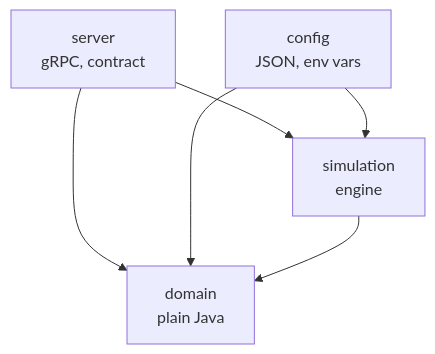
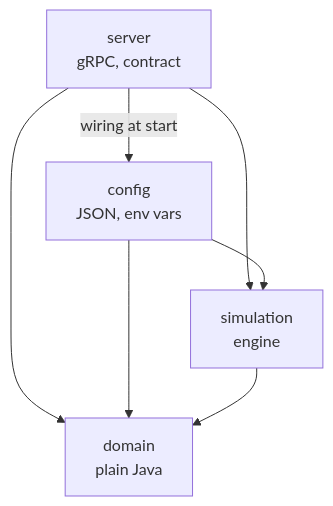
One commit to gakkel-labs/swarm-simulator changed the second of 5 diagrams in docs/architecture.md. Above: the diagram before and after it, drawn with Mermaid. The commit also changed other lines of this file and 2 other files, not shown here.

Commit message:
test(server): group the ArchUnit rules and check threads and adapters (#174)

````diff
--- a/docs/architecture.md
+++ b/docs/architecture.md
@@ -92,8 +92,9 @@
 ```mermaid
 flowchart TB
     SERVER[server<br/>gRPC, contract] --> SIMULATION[simulation<br/>engine]
     CONFIG[config<br/>JSON, env vars] --> SIMULATION
     SERVER --> DOMAIN[domain<br/>plain Java]
+    SERVER -->|wiring at start| CONFIG
     CONFIG --> DOMAIN
     SIMULATION --> DOMAIN
 ```
````
